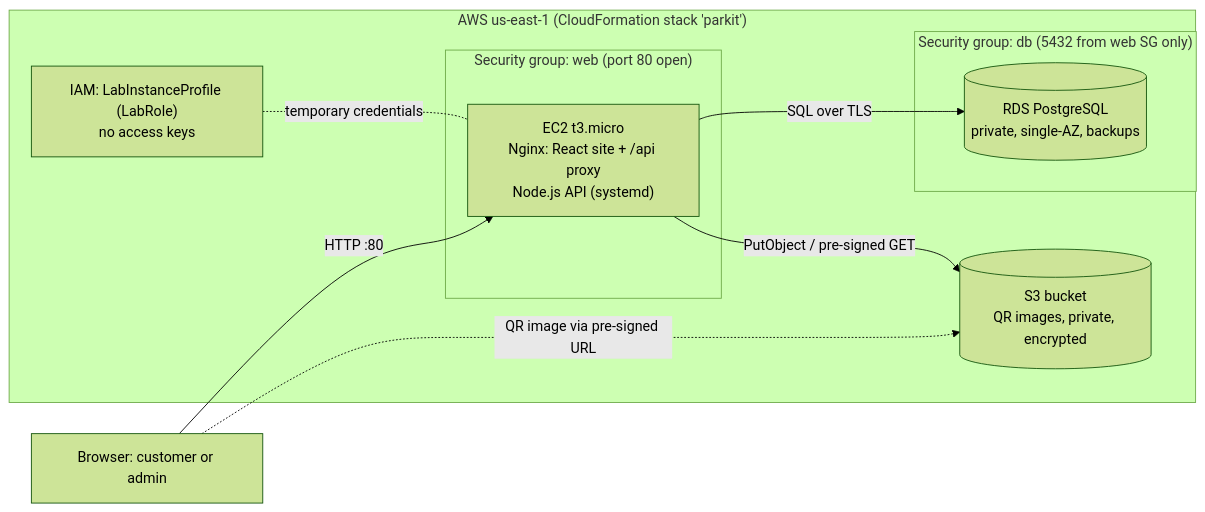
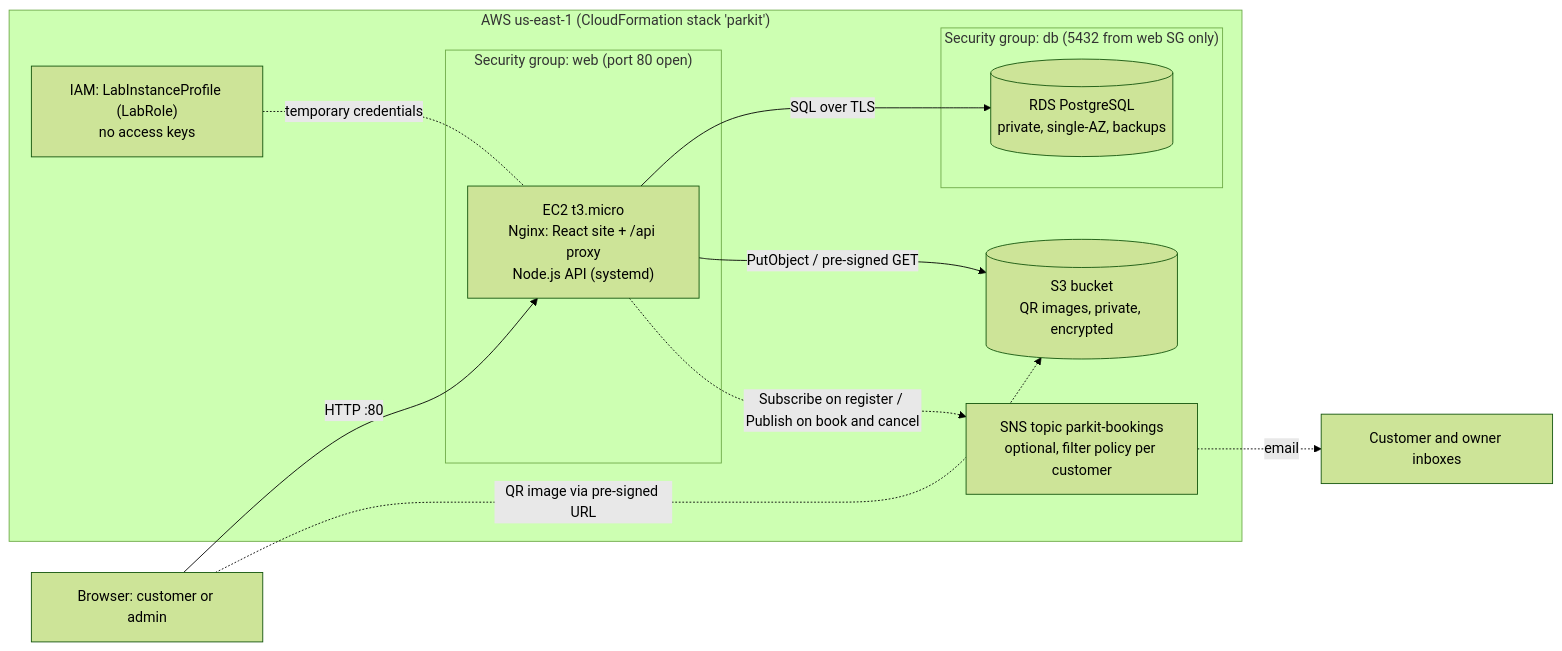
The first of 2 diagrams in docs/architecture.md (Harbani007/ParkIt), drawn with Mermaid (forest theme) before and after one commit. The commit also changed other lines of this file and 21 other files, not shown here.

Commit message:
Booking emails through Amazon SNS (optional): subscribe on register with a filter policy, publish on book and cancel, GET /api/config, template parameter BookingEmails

````diff
--- a/docs/architecture.md
+++ b/docs/architecture.md
@@ -9,20 +9,24 @@
 ```mermaid
 flowchart LR
   U[Browser: customer or admin] -- "HTTP :80" --> EC2
 
   subgraph AWS["AWS us-east-1 (CloudFormation stack 'parkit')"]
     subgraph SGW["Security group: web (port 80 open)"]
       EC2["EC2 t3.micro<br/>Nginx: React site + /api proxy<br/>Node.js API (systemd)"]
     end
     subgraph SGD["Security group: db (5432 from web SG only)"]
       RDS[("RDS PostgreSQL<br/>private, single-AZ, backups")]
     end
     S3[("S3 bucket<br/>QR images, private, encrypted")]
     ROLE["IAM: LabInstanceProfile (LabRole)<br/>no access keys"]
+    SNS["SNS topic parkit-bookings<br/>optional, filter policy per customer"]
   end
+  MAIL[Customer and owner inboxes]
 
   EC2 -- "SQL over TLS" --> RDS
   EC2 -- "PutObject / pre-signed GET" --> S3
   ROLE -. "temporary credentials" .- EC2
   U -. "QR image via pre-signed URL" .-> S3
+  EC2 -. "Subscribe on register / Publish on book and cancel" .-> SNS
+  SNS -. "email" .-> MAIL
 ```
````
